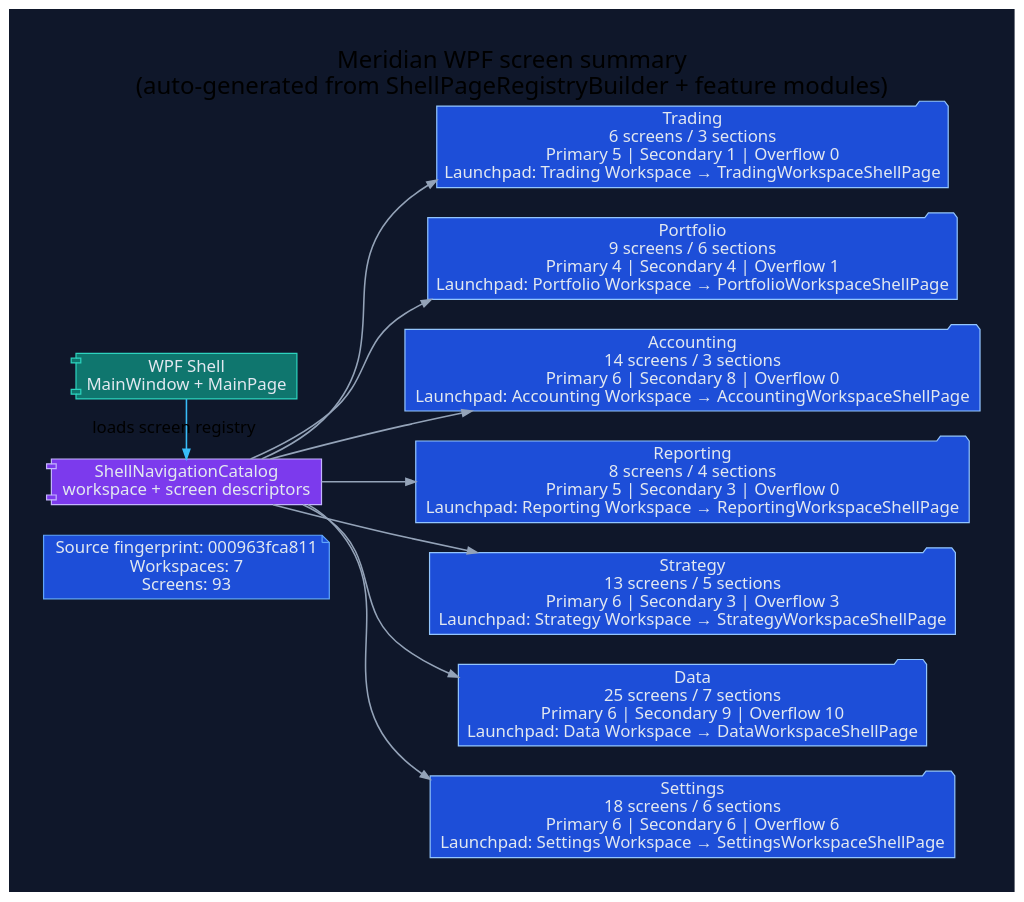
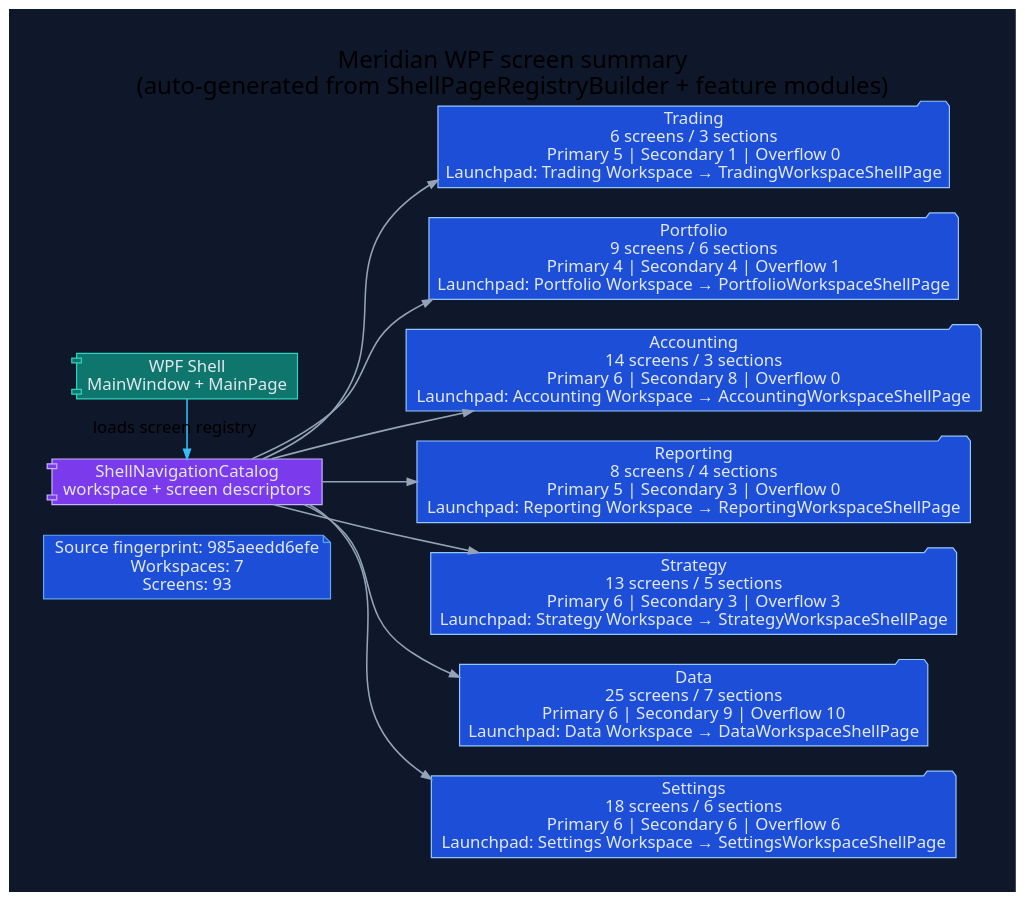
One commit to rodoHasArrived/Meridian-main changed the diagram in docs/diagrams/ui/ui-wpf-screen-summary.dot. Above: the diagram before and after it, drawn with Graphviz. The commit also changed 44 other files, not shown here.

First line of the commit message:
docs: re-render UI diagrams; exempt generated status docs from phase gate

```diff
--- a/docs/diagrams/ui/ui-wpf-screen-summary.dot
+++ b/docs/diagrams/ui/ui-wpf-screen-summary.dot
@@ -1,42 +1,42 @@
 // -----------------------------------------------------------------------------
 // <auto-generated>
 // Generated by scripts/generate-diagrams.mjs.
 // Do not edit this file directly; update the WPF source files instead.
 // -----------------------------------------------------------------------------
 digraph WpfScreenSummary {
   graph [
     rankdir=LR,
     labelloc=t,
     label="Meridian WPF screen summary\n(auto-generated from ShellPageRegistryBuilder + feature modules)",
     fontname="Segoe UI",
     fontsize=20,
     pad=0.4,
     nodesep=0.35,
     ranksep=0.85,
     bgcolor="#0f172a"
   ];
   node [fontname="Segoe UI", shape=box, style="rounded,filled", color="#475569", fontcolor="#e2e8f0", fillcolor="#1e293b"];
   edge [fontname="Segoe UI", color="#94a3b8", penwidth=1.3, arrowsize=0.8];
 
-  generated [shape=note, fillcolor="#1d4ed8", color="#60a5fa", label="Source fingerprint: 000963fca811\nWorkspaces: 7\nScreens: 93"];
+  generated [shape=note, fillcolor="#1d4ed8", color="#60a5fa", label="Source fingerprint: 985aeedd6efe\nWorkspaces: 7\nScreens: 93"];
   shell [shape=component, fillcolor="#0f766e", color="#2dd4bf", label="WPF Shell\nMainWindow + MainPage"];
   catalog [shape=component, fillcolor="#7c3aed", color="#c4b5fd", label="ShellNavigationCatalog\nworkspace + screen descriptors"];
   shell -> catalog [label="loads screen registry", color="#38bdf8"];
 
   workspace_1 [shape=folder, fillcolor="#1d4ed8", color="#93c5fd", label="Trading\n6 screens / 3 sections\nPrimary 5 | Secondary 1 | Overflow 0\nLaunchpad: Trading Workspace → TradingWorkspaceShellPage"];
   catalog -> workspace_1;
   workspace_2 [shape=folder, fillcolor="#1d4ed8", color="#93c5fd", label="Portfolio\n9 screens / 6 sections\nPrimary 4 | Secondary 4 | Overflow 1\nLaunchpad: Portfolio Workspace → PortfolioWorkspaceShellPage"];
   catalog -> workspace_2;
   workspace_3 [shape=folder, fillcolor="#1d4ed8", color="#93c5fd", label="Accounting\n14 screens / 3 sections\nPrimary 6 | Secondary 8 | Overflow 0\nLaunchpad: Accounting Workspace → AccountingWorkspaceShellPage"];
   catalog -> workspace_3;
   workspace_4 [shape=folder, fillcolor="#1d4ed8", color="#93c5fd", label="Reporting\n8 screens / 4 sections\nPrimary 5 | Secondary 3 | Overflow 0\nLaunchpad: Reporting Workspace → ReportingWorkspaceShellPage"];
   catalog -> workspace_4;
   workspace_5 [shape=folder, fillcolor="#1d4ed8", color="#93c5fd", label="Strategy\n13 screens / 5 sections\nPrimary 6 | Secondary 3 | Overflow 3\nLaunchpad: Strategy Workspace → StrategyWorkspaceShellPage"];
   catalog -> workspace_5;
   workspace_6 [shape=folder, fillcolor="#1d4ed8", color="#93c5fd", label="Data\n25 screens / 7 sections\nPrimary 6 | Secondary 9 | Overflow 10\nLaunchpad: Data Workspace → DataWorkspaceShellPage"];
   catalog -> workspace_6;
   workspace_7 [shape=folder, fillcolor="#1d4ed8", color="#93c5fd", label="Settings\n18 screens / 6 sections\nPrimary 6 | Secondary 6 | Overflow 6\nLaunchpad: Settings Workspace → SettingsWorkspaceShellPage"];
   catalog -> workspace_7;
 
   { rank=min; generated; shell; catalog; }
 }
```
